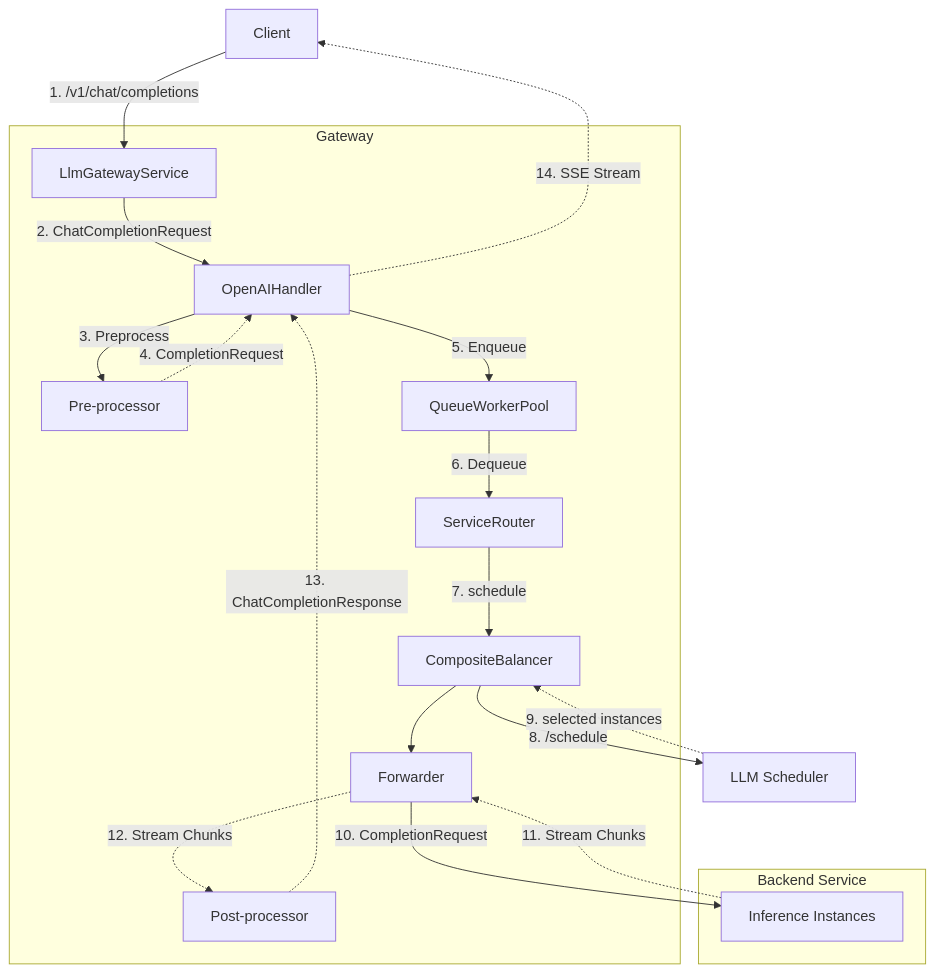
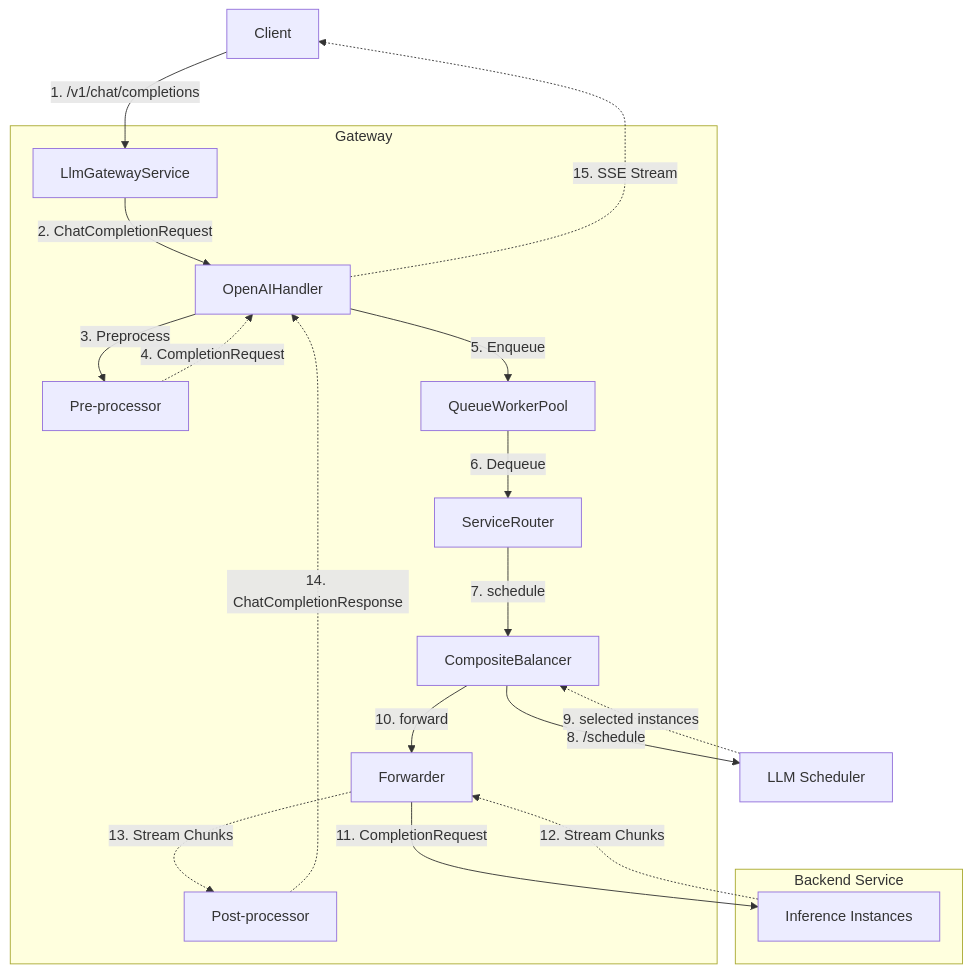
The diagram in docs/source/design/gateway_architecture.md (llumnix-project/llumnix), drawn with Mermaid before and after one commit.

````diff
--- a/docs/source/design/gateway_architecture.md
+++ b/docs/source/design/gateway_architecture.md
@@ -104,38 +104,38 @@
 ```mermaid
 %%{init: {'flowchart': {'curve': 'basis', 'nodeSpacing': 30}}}%%
 graph TB
     Client[Client]
     
     subgraph Gateway["Gateway"]
         Service[LlmGatewayService]
         Handler[OpenAIHandler]
         PreProc[Pre-processor]
         Queue[QueueWorkerPool]
         Router[ServiceRouter]
         LB[CompositeBalancer]
         Forwarder[Forwarder]
         PostProc[Post-processor]
     end
     
     subgraph Backend["Backend Service"]
         Internal[Inference Instances]
     end
     
     Scheduler[LLM Scheduler]
     
     Client -->|1. /v1/chat/completions| Service
     Service -->|2. ChatCompletionRequest| Handler
     Handler -->|3. Preprocess| PreProc
     PreProc -.->|4. CompletionRequest| Handler
     Handler -->|5. Enqueue| Queue
     Queue -->|6. Dequeue| Router
     Router -->|7. schedule| LB
     LB -->|8. /schedule| Scheduler
     Scheduler -.->|9. selected instances| LB
-    LB --> Forwarder
-    Forwarder -->|10. CompletionRequest| Internal
-    Internal -.->|11. Stream Chunks| Forwarder
-    Forwarder -.->|12. Stream Chunks| PostProc
-    PostProc -.->|13. ChatCompletionResponse| Handler
-    Handler -.->|14. SSE Stream| Client
+    LB -->|10. forward| Forwarder
+    Forwarder -->|11. CompletionRequest| Internal
+    Internal -.->|12. Stream Chunks| Forwarder
+    Forwarder -.->|13. Stream Chunks| PostProc
+    PostProc -.->|14. ChatCompletionResponse| Handler
+    Handler -.->|15. SSE Stream| Client
 ```
````
